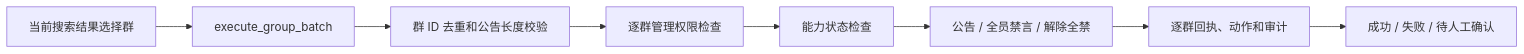
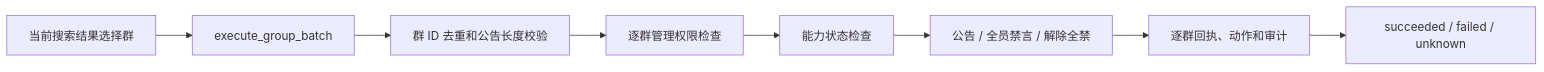
The fourth of 7 diagrams in docs/ARCHITECTURE.md (DH-devmax/d-hbot), drawn with Mermaid before and after one commit. The commit also changed other lines of this file and 2 other files, not shown here.

First line of the commit message:
docs: 完善ARCHITECTURE.md / TECHNICAL-DESIGN.md / DATABASE-SCHEMA.md

````diff
--- a/docs/ARCHITECTURE.md
+++ b/docs/ARCHITECTURE.md
@@ -39,10 +152,10 @@
 ```mermaid
 flowchart LR
   A["当前搜索结果选择群"] --> B["execute_group_batch"]
   B --> C["群 ID 去重和公告长度校验"]
   C --> D["逐群管理权限检查"]
   D --> E["能力状态检查"]
   E --> F["公告 / 全员禁言 / 解除全禁"]
   F --> G["逐群回执、动作和审计"]
-  G --> H["成功 / 失败 / 待人工确认"]
+  G --> H["succeeded / failed / unknown"]
 ```
````
